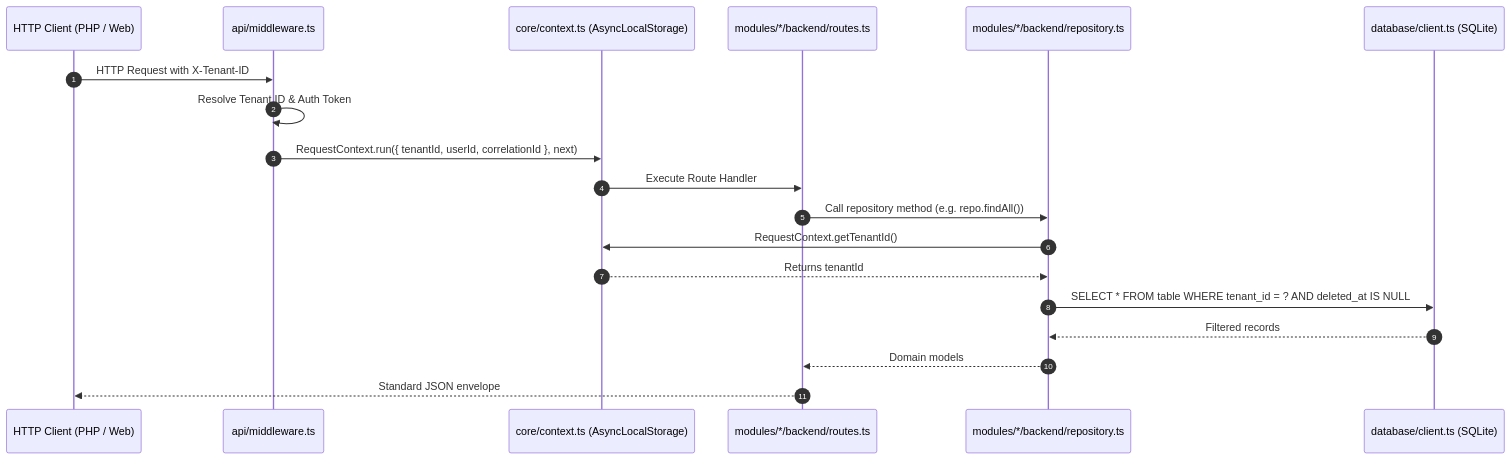
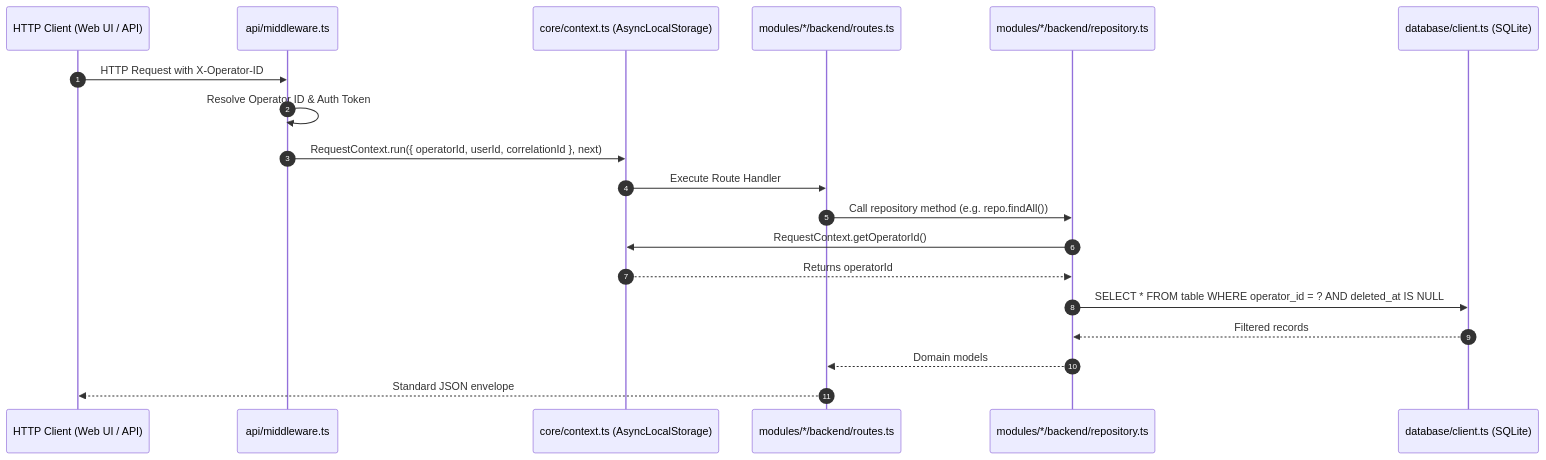
Before and after one commit to benacollier/GarrisonOS: the diagram in docs/architecture/multi-tenancy.md, drawn with Mermaid. The commit also changed other lines of this file and 69 other files, not shown here.

First line of the commit message:
refactor(core): migrate to multi-operator architecture and clarify domain tenants (#25)

````diff
--- a/docs/architecture/multi-tenancy.md
+++ b/docs/architecture/multi-tenancy.md
@@ -24,22 +37,22 @@
 ```mermaid
 sequenceDiagram
     autonumber
-    participant Client as HTTP Client (PHP / Web)
+    participant Client as HTTP Client (Web UI / API)
     participant Middleware as api/middleware.ts
     participant Context as core/context.ts (AsyncLocalStorage)
     participant Route as modules/*/backend/routes.ts
     participant Repo as modules/*/backend/repository.ts
     participant DB as database/client.ts (SQLite)
 
-    Client->>Middleware: HTTP Request with X-Tenant-ID
-    Middleware->>Middleware: Resolve Tenant ID & Auth Token
-    Middleware->>Context: RequestContext.run({ tenantId, userId, correlationId }, next)
+    Client->>Middleware: HTTP Request with X-Operator-ID
+    Middleware->>Middleware: Resolve Operator ID & Auth Token
+    Middleware->>Context: RequestContext.run({ operatorId, userId, correlationId }, next)
     Context->>Route: Execute Route Handler
     Route->>Repo: Call repository method (e.g. repo.findAll())
-    Repo->>Context: RequestContext.getTenantId()
-    Context-->>Repo: Returns tenantId
-    Repo->>DB: SELECT * FROM table WHERE tenant_id = ? AND deleted_at IS NULL
+    Repo->>Context: RequestContext.getOperatorId()
+    Context-->>Repo: Returns operatorId
+    Repo->>DB: SELECT * FROM table WHERE operator_id = ? AND deleted_at IS NULL
     DB-->>Repo: Filtered records
     Repo-->>Route: Domain models
     Route-->>Client: Standard JSON envelope
 ```
````
